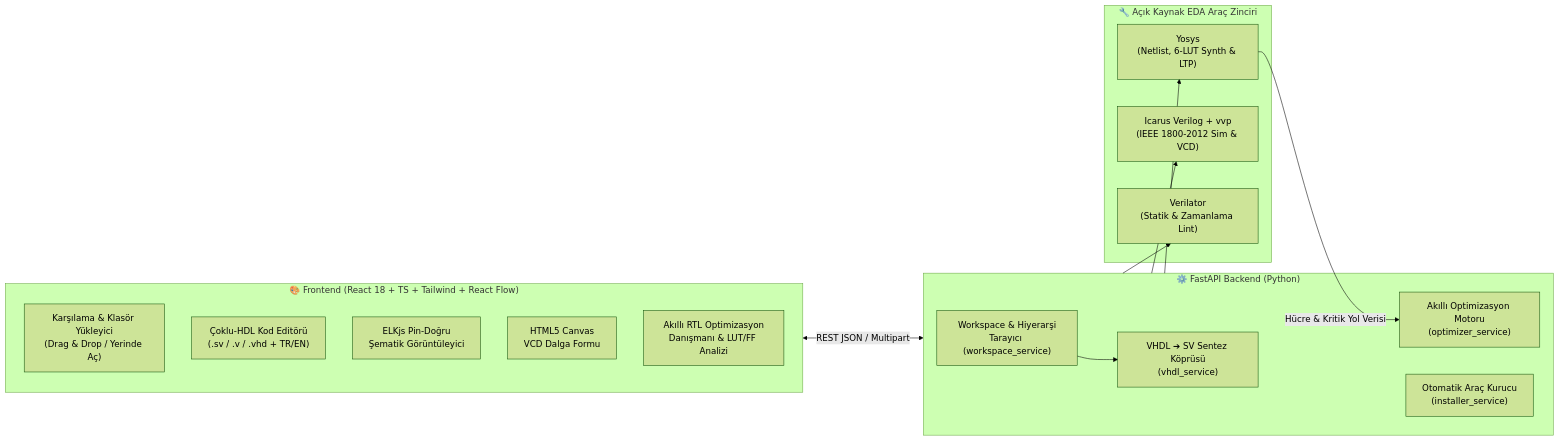
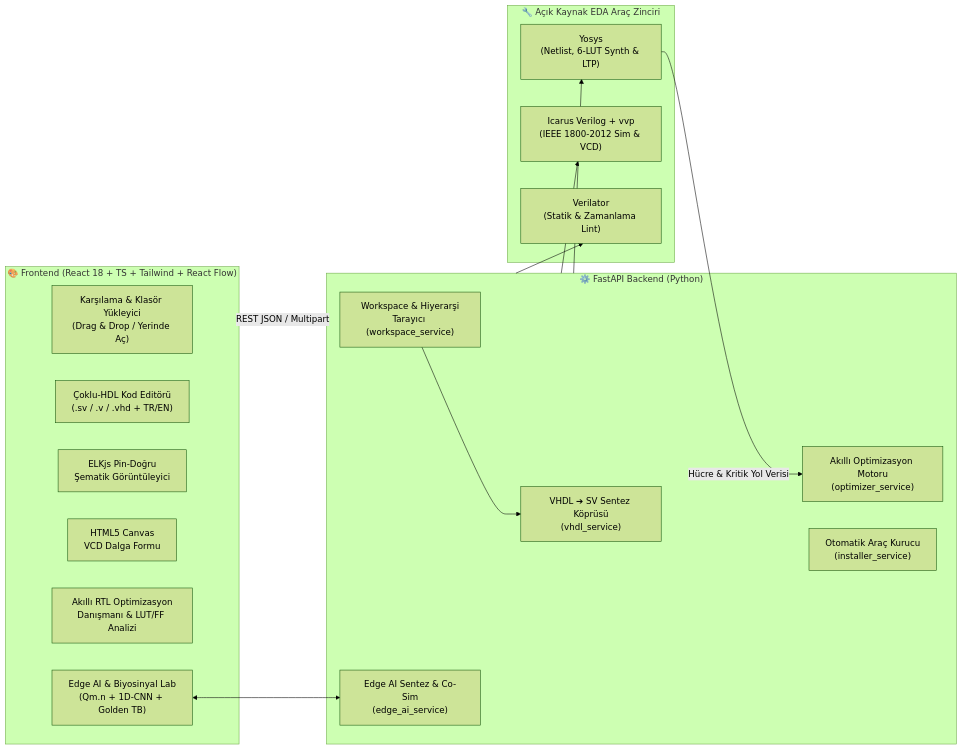
Before and after one commit to YigitEXP/CircuitVR: the diagram in README.md, drawn with Mermaid (forest theme). The commit also changed other lines of this file, not shown here.

Commit message:
docs: document Edge AI & Biosignal (1D-CNN/DSP) Co-Design Studio in README.md

````diff
--- a/README.md
+++ b/README.md
@@ -41,28 +42,31 @@
 ```mermaid
 flowchart LR
     subgraph UI["🎨 Frontend (React 18 + TS + Tailwind + React Flow)"]
         W["Karşılama & Klasör Yükleyici\n(Drag & Drop / Yerinde Aç)"]
         E["Çoklu-HDL Kod Editörü\n(.sv / .v / .vhd + TR/EN)"]
         S["ELKjs Pin-Doğru\nŞematik Görüntüleyici"]
         V["HTML5 Canvas\nVCD Dalga Formu"]
         A["Akıllı RTL Optimizasyon\nDanışmanı & LUT/FF Analizi"]
+        AI["Edge AI & Biyosinyal Lab\n(Qm.n + 1D-CNN + Golden TB)"]
     end
 
     subgraph API["⚙️ FastAPI Backend (Python)"]
         WS["Workspace & Hiyerarşi\nTarayıcı (workspace_service)"]
         VH["VHDL ➔ SV Sentez Köprüsü\n(vhdl_service)"]
         OP["Akıllı Optimizasyon Motoru\n(optimizer_service)"]
+        EA["Edge AI Sentez & Co-Sim\n(edge_ai_service)"]
         IN["Otomatik Araç Kurucu\n(installer_service)"]
     end
 
     subgraph EDA["🔧 Açık Kaynak EDA Araç Zinciri"]
         YO["Yosys\n(Netlist, 6-LUT Synth & LTP)"]
         IV["Icarus Verilog + vvp\n(IEEE 1800-2012 Sim & VCD)"]
         VL["Verilator\n(Statik & Zamanlama Lint)"]
     end
 
     UI <-->|REST JSON / Multipart| API
     WS --> VH
+    AI <--> EA
     API --> YO & IV & VL
     YO -->|Hücre & Kritik Yol Verisi| OP
 ```
````
